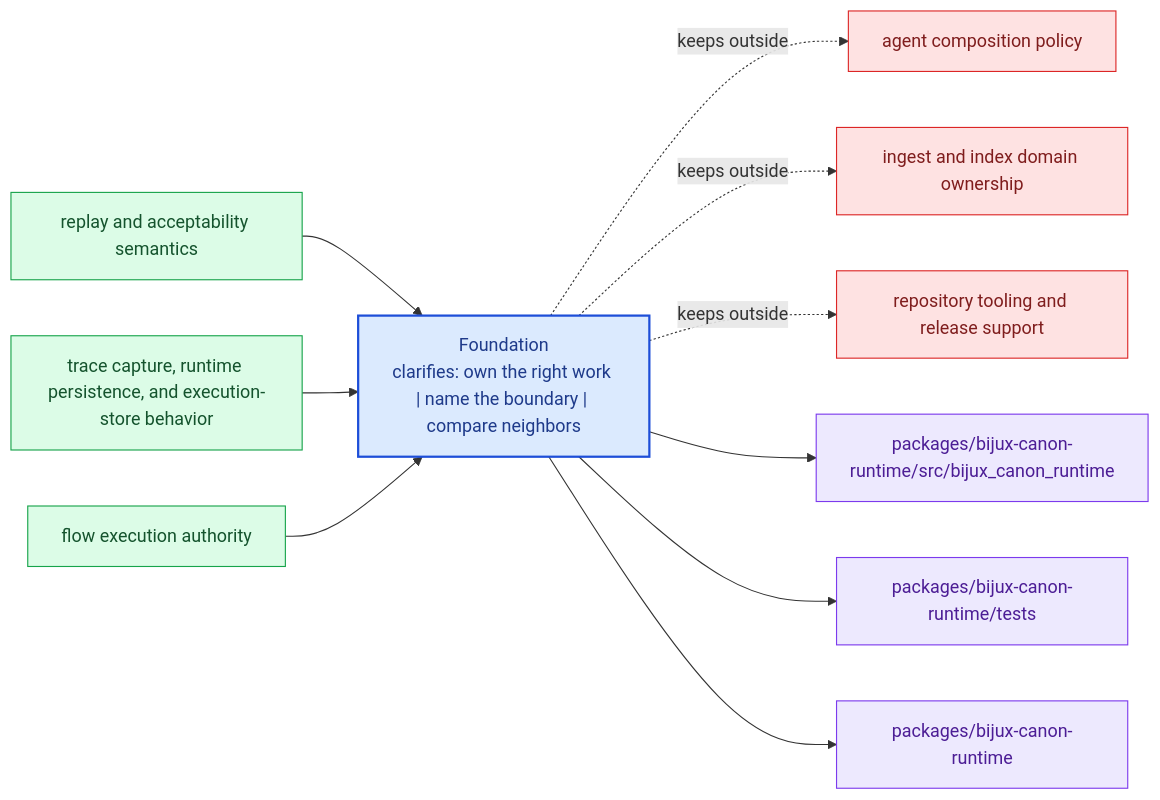
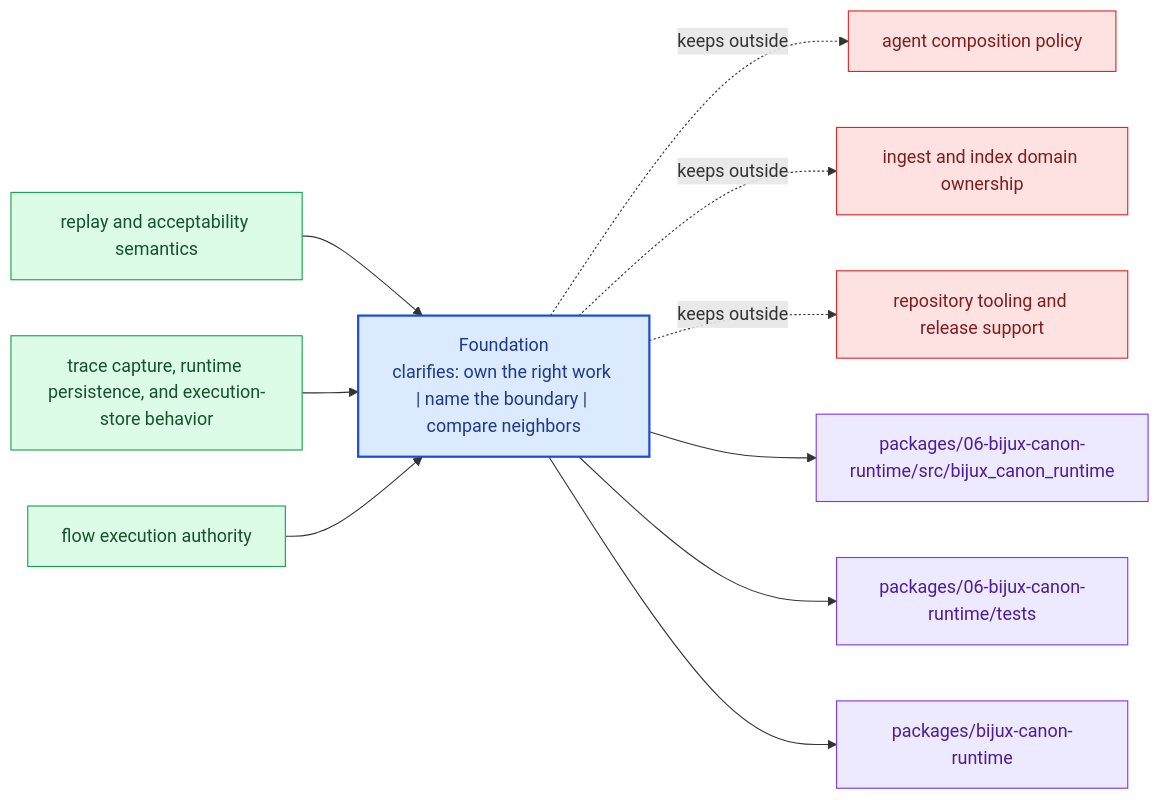
One commit to bijux/bijux-canon changed the diagram in docs/06-bijux-canon-runtime/foundation/index.md. Above: the diagram before and after it, drawn with Mermaid. The commit also changed other lines of this file and 167 other files, not shown here.

````diff
--- a/docs/06-bijux-canon-runtime/foundation/index.md
+++ b/docs/06-bijux-canon-runtime/foundation/index.md
@@ -20,31 +20,31 @@
 ```mermaid
 flowchart LR
     page["Foundation<br/>clarifies: own the right work | name the boundary | compare neighbors"]
     classDef page fill:#dbeafe,stroke:#1d4ed8,color:#1e3a8a,stroke-width:2px;
     classDef positive fill:#dcfce7,stroke:#16a34a,color:#14532d;
     classDef caution fill:#fee2e2,stroke:#dc2626,color:#7f1d1d;
     classDef anchor fill:#ede9fe,stroke:#7c3aed,color:#4c1d95;
     classDef action fill:#fef3c7,stroke:#d97706,color:#7c2d12;
     own1["replay and acceptability semantics"]
     own1 --> page
     own2["trace capture, runtime persistence, and execution-store behavior"]
     own2 --> page
     own3["flow execution authority"]
     own3 --> page
     limit1["agent composition policy"]
     page -.keeps outside.-> limit1
     limit2["ingest and index domain ownership"]
     page -.keeps outside.-> limit2
     limit3["repository tooling and release support"]
     page -.keeps outside.-> limit3
-    anchor1["packages/bijux-canon-runtime/src/bijux_canon_runtime"]
+    anchor1["packages/06-bijux-canon-runtime/src/bijux_canon_runtime"]
     page --> anchor1
-    anchor2["packages/bijux-canon-runtime/tests"]
+    anchor2["packages/06-bijux-canon-runtime/tests"]
     page --> anchor2
     anchor3["packages/bijux-canon-runtime"]
     page --> anchor3
     class page page;
     class own1,own2,own3 positive;
     class limit1,limit2,limit3 caution;
     class anchor1,anchor2,anchor3 anchor;
 ```
````
